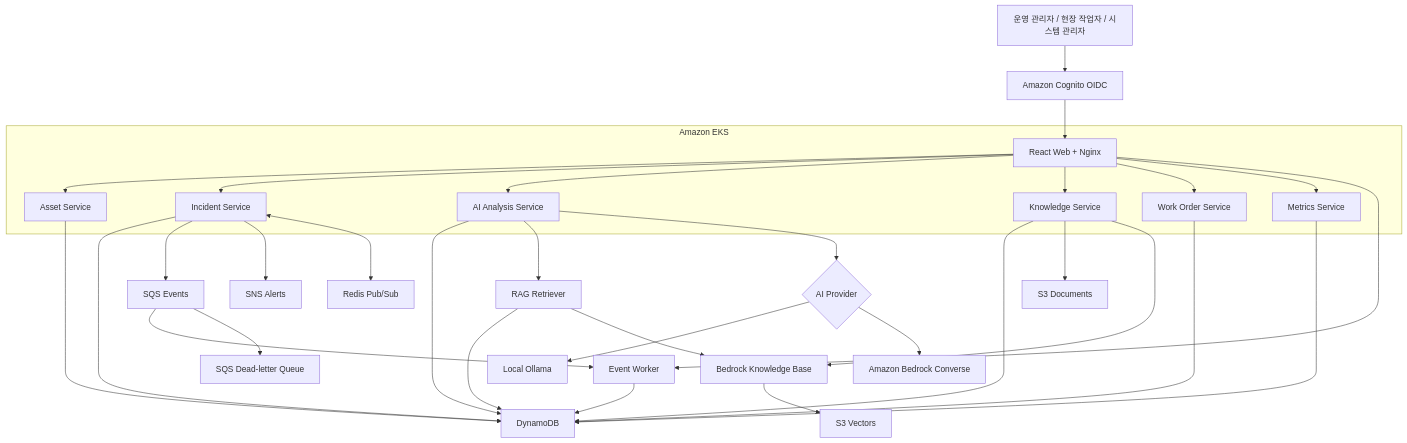
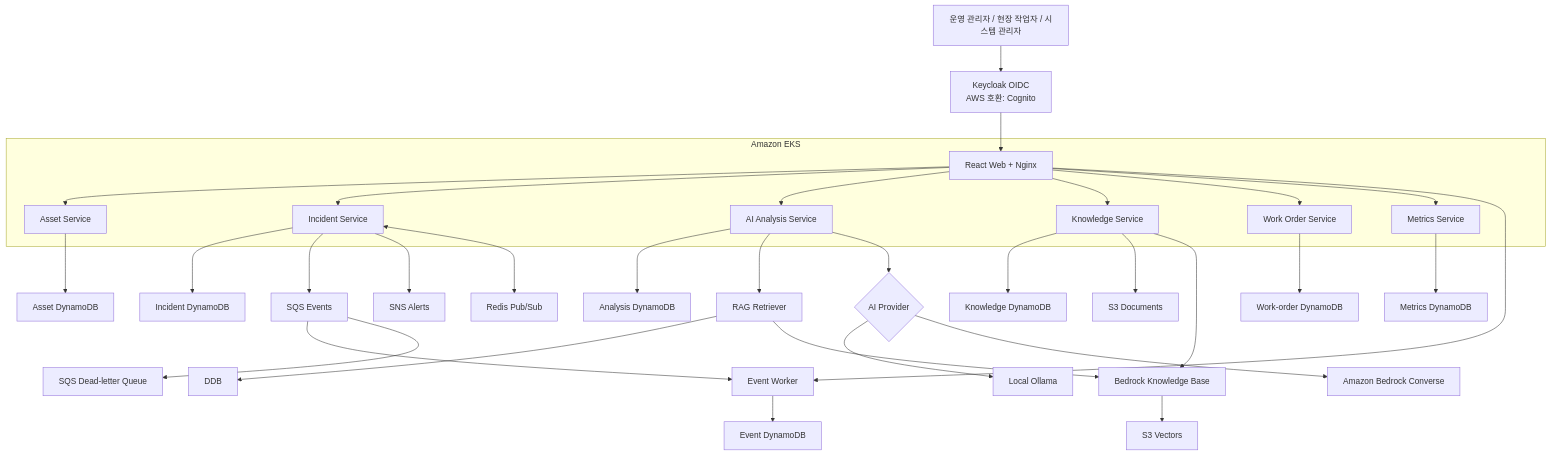
One commit to choiseongjun/AX-sentinel changed the second of 2 diagrams in README.md. Above: the diagram before and after it, drawn with Mermaid. The commit also changed other lines of this file and 23 other files, not shown here.

````diff
--- a/README.md
+++ b/README.md
@@ -154,51 +154,51 @@
 ```mermaid
 flowchart TB
     User["운영 관리자 / 현장 작업자 / 시스템 관리자"]
-    Cognito["Amazon Cognito OIDC"]
+    OIDC["Keycloak OIDC<br/>AWS 호환: Cognito"]
     Web["React Web + Nginx"]
 
-    User --> Cognito
-    Cognito --> Web
+    User --> OIDC
+    OIDC --> Web
 
     Web --> Asset["Asset Service"]
     Web --> Incident["Incident Service"]
     Web --> AI["AI Analysis Service"]
     Web --> Knowledge["Knowledge Service"]
     Web --> Work["Work Order Service"]
     Web --> Metrics["Metrics Service"]
     Web --> EventWorker["Event Worker"]
 
-    Asset --> DDB["DynamoDB"]
-    Incident --> DDB
-    AI --> DDB
-    Knowledge --> DDB
-    Work --> DDB
-    Metrics --> DDB
-    EventWorker --> DDB
+    Asset --> AssetDB["Asset DynamoDB"]
+    Incident --> IncidentDB["Incident DynamoDB"]
+    AI --> AnalysisDB["Analysis DynamoDB"]
+    Knowledge --> KnowledgeDB["Knowledge DynamoDB"]
+    Work --> WorkDB["Work-order DynamoDB"]
+    Metrics --> MetricsDB["Metrics DynamoDB"]
+    EventWorker --> EventDB["Event DynamoDB"]
 
     Knowledge --> S3["S3 Documents"]
     Knowledge --> KB["Bedrock Knowledge Base"]
     KB --> Vector["S3 Vectors"]
     AI --> RAG["RAG Retriever"]
     RAG --> DDB
     RAG --> KB
     AI --> Provider{"AI Provider"}
     Provider --> Ollama["Local Ollama"]
     Provider --> Bedrock["Amazon Bedrock Converse"]
 
     Incident --> SQS["SQS Events"]
     SQS --> EventWorker
     SQS --> DLQ["SQS Dead-letter Queue"]
     Incident --> SNS["SNS Alerts"]
     Incident <--> Redis["Redis Pub/Sub"]
 
     subgraph EKS["Amazon EKS"]
         Web
         Asset
         Incident
         AI
         Knowledge
         Work
         Metrics
     end
 ```
````
